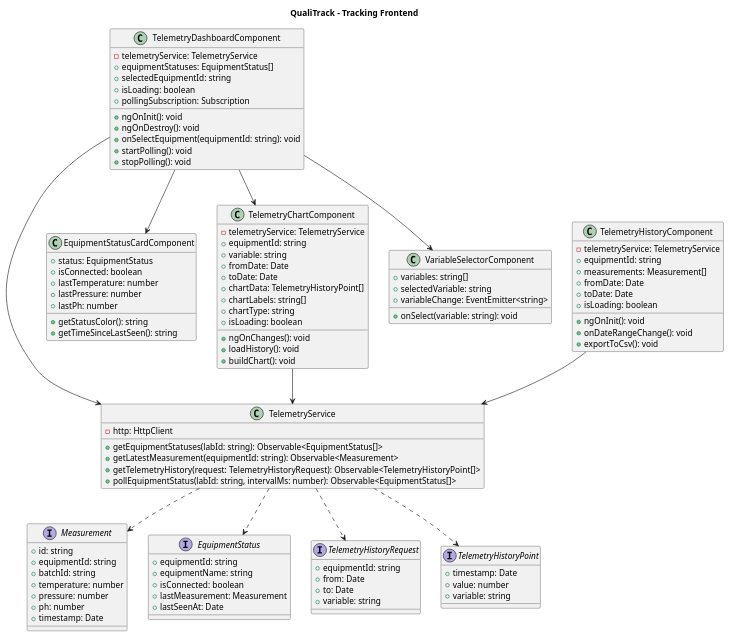
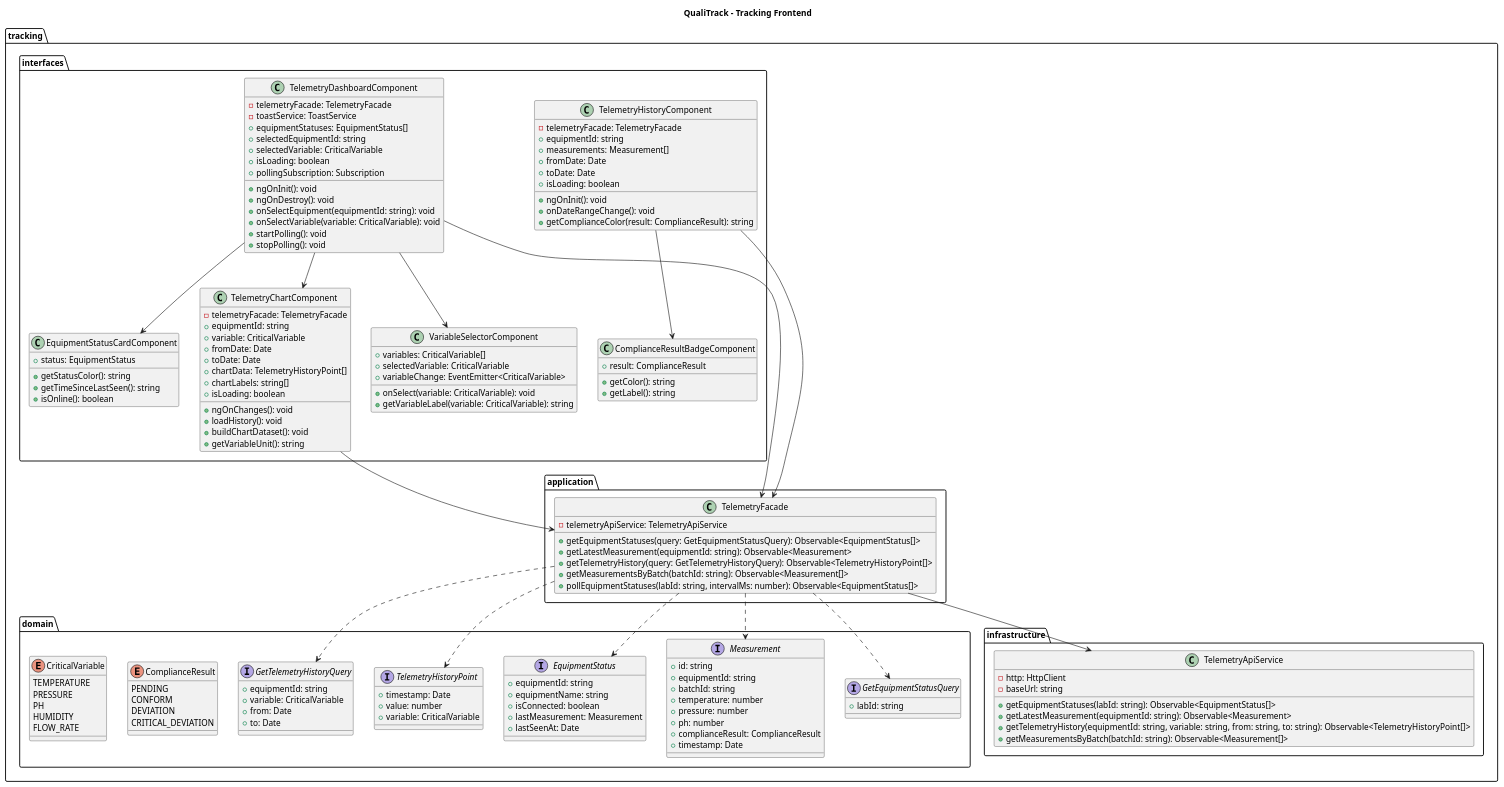
One commit to ClosedSource-11848/ClosedSource-Frontend changed the diagram in docs/diagrams/tracking/tracking-frontend-diagram.puml. Above: the diagram before and after it, drawn with PlantUML.

Commit message:
feat(docs): fix tracking frontend diagram.

```diff
--- a/docs/diagrams/tracking/tracking-frontend-diagram.puml
+++ b/docs/diagrams/tracking/tracking-frontend-diagram.puml
@@ -1,112 +1,167 @@
 @startuml tracking-frontend-diagram
 title QualiTrack – Tracking Frontend
 
-interface Measurement {
-  +id: string
-  +equipmentId: string
-  +batchId: string
-  +temperature: number
-  +pressure: number
-  +ph: number
-  +timestamp: Date
+package "tracking" {
+
+  package "domain" {
+
+    interface Measurement {
+      +id: string
+      +equipmentId: string
+      +batchId: string
+      +temperature: number
+      +pressure: number
+      +ph: number
+      +complianceResult: ComplianceResult
+      +timestamp: Date
+    }
+
+    interface EquipmentStatus {
+      +equipmentId: string
+      +equipmentName: string
+      +isConnected: boolean
+      +lastMeasurement: Measurement
+      +lastSeenAt: Date
+    }
+
+    interface TelemetryHistoryPoint {
+      +timestamp: Date
+      +value: number
+      +variable: CriticalVariable
+    }
+
+    interface GetTelemetryHistoryQuery {
+      +equipmentId: string
+      +variable: CriticalVariable
+      +from: Date
+      +to: Date
+    }
+
+    interface GetEquipmentStatusQuery {
+      +labId: string
+    }
+
+    enum ComplianceResult {
+      PENDING
+      CONFORM
+      DEVIATION
+      CRITICAL_DEVIATION
+    }
+
+    enum CriticalVariable {
+      TEMPERATURE
+      PRESSURE
+      PH
+      HUMIDITY
+      FLOW_RATE
+    }
+  }
+
+  package "application" {
+
+    class TelemetryFacade {
+      -telemetryApiService: TelemetryApiService
+      +getEquipmentStatuses(query: GetEquipmentStatusQuery): Observable<EquipmentStatus[]>
+      +getLatestMeasurement(equipmentId: string): Observable<Measurement>
+      +getTelemetryHistory(query: GetTelemetryHistoryQuery): Observable<TelemetryHistoryPoint[]>
+      +getMeasurementsByBatch(batchId: string): Observable<Measurement[]>
+      +pollEquipmentStatuses(labId: string, intervalMs: number): Observable<EquipmentStatus[]>
+    }
+  }
+
+  package "infrastructure" {
+
+    class TelemetryApiService {
+      -http: HttpClient
+      -baseUrl: string
+      +getEquipmentStatuses(labId: string): Observable<EquipmentStatus[]>
+      +getLatestMeasurement(equipmentId: string): Observable<Measurement>
+      +getTelemetryHistory(equipmentId: string, variable: string, from: string, to: string): Observable<TelemetryHistoryPoint[]>
+      +getMeasurementsByBatch(batchId: string): Observable<Measurement[]>
+    }
+  }
+
+  package "interfaces" {
+
+    class TelemetryDashboardComponent {
+      -telemetryFacade: TelemetryFacade
+      -toastService: ToastService
+      +equipmentStatuses: EquipmentStatus[]
+      +selectedEquipmentId: string
+      +selectedVariable: CriticalVariable
+      +isLoading: boolean
+      +pollingSubscription: Subscription
+      +ngOnInit(): void
+      +ngOnDestroy(): void
+      +onSelectEquipment(equipmentId: string): void
+      +onSelectVariable(variable: CriticalVariable): void
+      +startPolling(): void
+      +stopPolling(): void
+    }
+
+    class EquipmentStatusCardComponent {
+      +status: EquipmentStatus
+      +getStatusColor(): string
+      +getTimeSinceLastSeen(): string
+      +isOnline(): boolean
+    }
+
+    class TelemetryChartComponent {
+      -telemetryFacade: TelemetryFacade
+      +equipmentId: string
+      +variable: CriticalVariable
+      +fromDate: Date
+      +toDate: Date
+      +chartData: TelemetryHistoryPoint[]
+      +chartLabels: string[]
+      +isLoading: boolean
+      +ngOnChanges(): void
+      +loadHistory(): void
+      +buildChartDataset(): void
+      +getVariableUnit(): string
+    }
+
+    class TelemetryHistoryComponent {
+      -telemetryFacade: TelemetryFacade
+      +equipmentId: string
+      +measurements: Measurement[]
+      +fromDate: Date
+      +toDate: Date
+      +isLoading: boolean
+      +ngOnInit(): void
+      +onDateRangeChange(): void
+      +getComplianceColor(result: ComplianceResult): string
+    }
+
+    class VariableSelectorComponent {
+      +variables: CriticalVariable[]
+      +selectedVariable: CriticalVariable
+      +variableChange: EventEmitter<CriticalVariable>
+      +onSelect(variable: CriticalVariable): void
+      +getVariableLabel(variable: CriticalVariable): string
+    }
+
+    class ComplianceResultBadgeComponent {
+      +result: ComplianceResult
+      +getColor(): string
+      +getLabel(): string
+    }
+  }
 }
 
-interface EquipmentStatus {
-  +equipmentId: string
-  +equipmentName: string
-  +isConnected: boolean
-  +lastMeasurement: Measurement
-  +lastSeenAt: Date
-}
+TelemetryFacade --> TelemetryApiService
+TelemetryFacade ..> Measurement
+TelemetryFacade ..> EquipmentStatus
+TelemetryFacade ..> TelemetryHistoryPoint
+TelemetryFacade ..> GetTelemetryHistoryQuery
+TelemetryFacade ..> GetEquipmentStatusQuery
 
-interface TelemetryHistoryRequest {
-  +equipmentId: string
-  +from: Date
-  +to: Date
-  +variable: string
-}
-
-interface TelemetryHistoryPoint {
-  +timestamp: Date
-  +value: number
-  +variable: string
-}
-
-class TelemetryService {
-  -http: HttpClient
-  +getEquipmentStatuses(labId: string): Observable<EquipmentStatus[]>
-  +getLatestMeasurement(equipmentId: string): Observable<Measurement>
-  +getTelemetryHistory(request: TelemetryHistoryRequest): Observable<TelemetryHistoryPoint[]>
-  +pollEquipmentStatus(labId: string, intervalMs: number): Observable<EquipmentStatus[]>
-}
-
-class TelemetryDashboardComponent {
-  -telemetryService: TelemetryService
-  +equipmentStatuses: EquipmentStatus[]
-  +selectedEquipmentId: string
-  +isLoading: boolean
-  +pollingSubscription: Subscription
-  +ngOnInit(): void
-  +ngOnDestroy(): void
-  +onSelectEquipment(equipmentId: string): void
-  +startPolling(): void
-  +stopPolling(): void
-}
-
-class EquipmentStatusCardComponent {
-  +status: EquipmentStatus
-  +isConnected: boolean
-  +lastTemperature: number
-  +lastPressure: number
-  +lastPh: number
-  +getStatusColor(): string
-  +getTimeSinceLastSeen(): string
-}
-
-class TelemetryChartComponent {
-  -telemetryService: TelemetryService
-  +equipmentId: string
-  +variable: string
-  +fromDate: Date
-  +toDate: Date
-  +chartData: TelemetryHistoryPoint[]
-  +chartLabels: string[]
-  +chartType: string
-  +isLoading: boolean
-  +ngOnChanges(): void
-  +loadHistory(): void
-  +buildChart(): void
-}
-
-class TelemetryHistoryComponent {
-  -telemetryService: TelemetryService
-  +equipmentId: string
-  +measurements: Measurement[]
-  +fromDate: Date
-  +toDate: Date
-  +isLoading: boolean
-  +ngOnInit(): void
-  +onDateRangeChange(): void
-  +exportToCsv(): void
-}
-
-class VariableSelectorComponent {
-  +variables: string[]
-  +selectedVariable: string
-  +variableChange: EventEmitter<string>
-  +onSelect(variable: string): void
-}
-
-TelemetryDashboardComponent --> TelemetryService
+TelemetryDashboardComponent --> TelemetryFacade
 TelemetryDashboardComponent --> EquipmentStatusCardComponent
 TelemetryDashboardComponent --> TelemetryChartComponent
-TelemetryChartComponent --> TelemetryService
-TelemetryHistoryComponent --> TelemetryService
 TelemetryDashboardComponent --> VariableSelectorComponent
-
-TelemetryService ..> Measurement
-TelemetryService ..> EquipmentStatus
-TelemetryService ..> TelemetryHistoryRequest
-TelemetryService ..> TelemetryHistoryPoint
+TelemetryChartComponent --> TelemetryFacade
+TelemetryHistoryComponent --> TelemetryFacade
+TelemetryHistoryComponent --> ComplianceResultBadgeComponent
 
 @enduml
```
